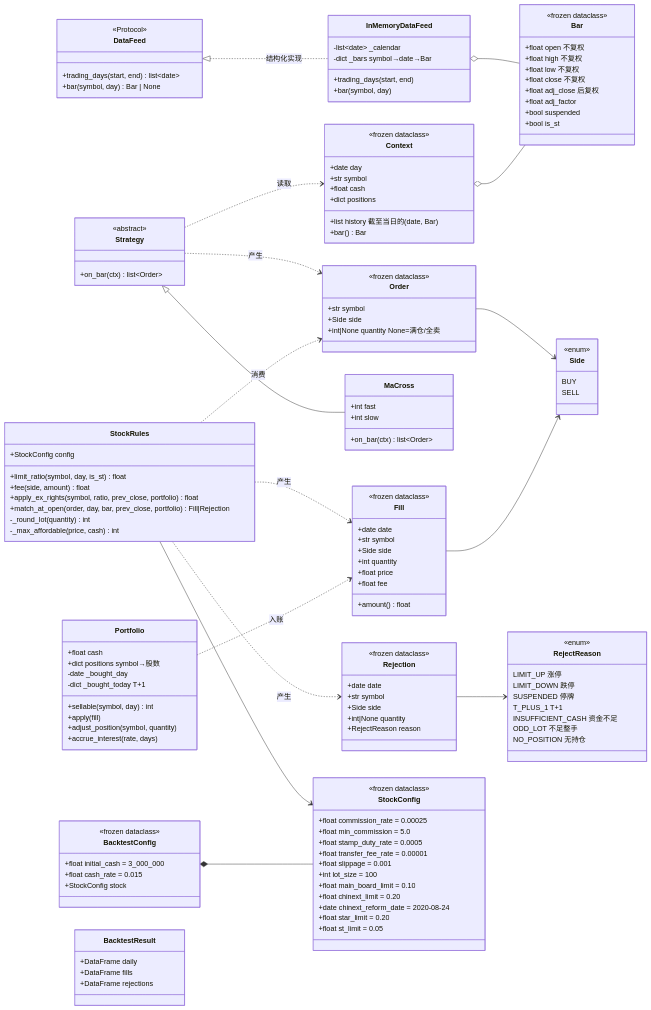
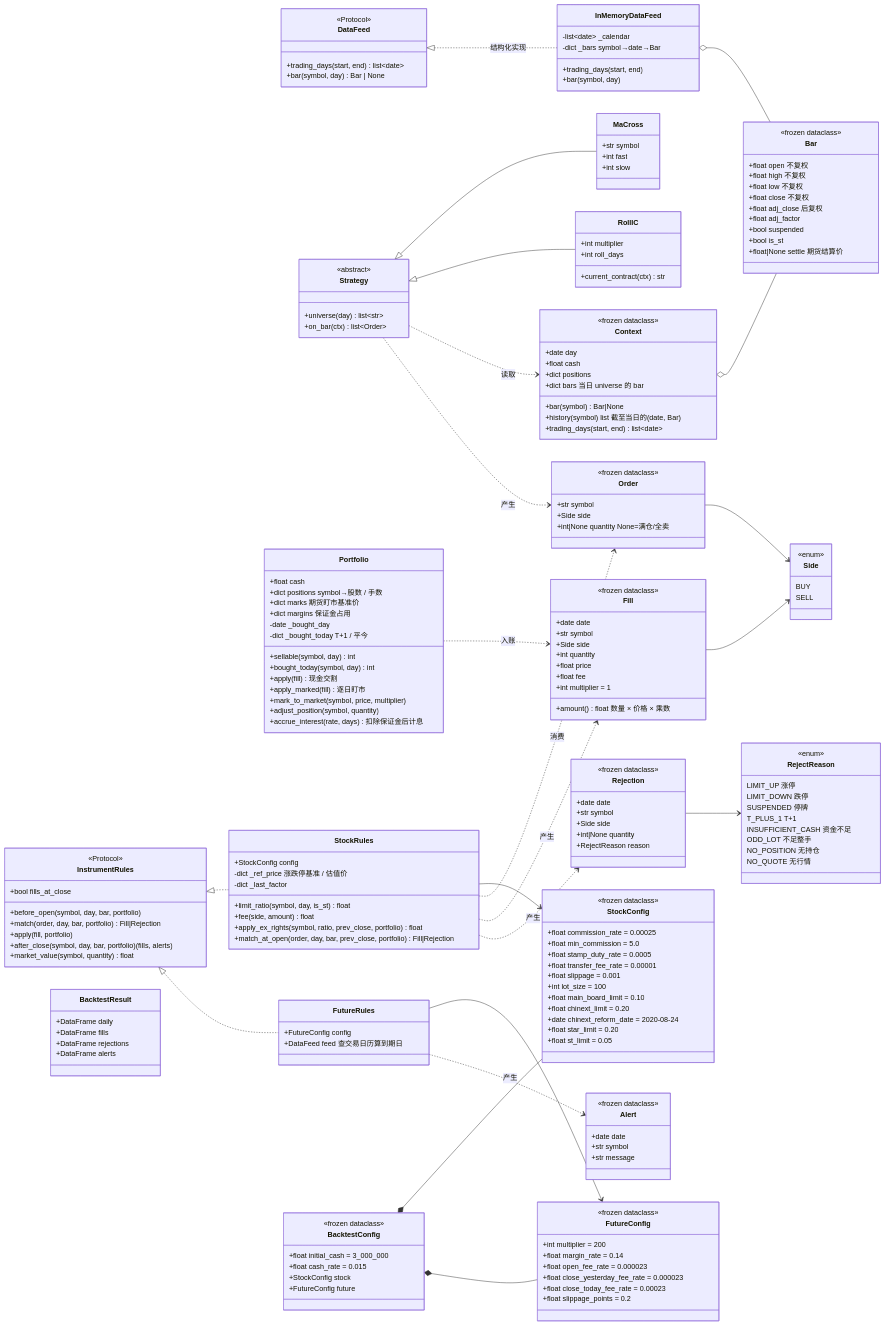
The third of 25 diagrams in docs/code-walkthrough.md (guevara12345/quant), drawn with Mermaid before and after one commit. The commit also changed other lines of this file and 33 other files, not shown here.

````diff
--- a/docs/code-walkthrough.md
+++ b/docs/code-walkthrough.md
@@ -162,6 +191,7 @@
         +float adj_factor
         +bool suspended
         +bool is_st
+        +float|None settle  期货结算价
     }
 
     class DataFeed {
@@ -193,22 +223,30 @@
     class Context {
         <<frozen dataclass>>
         +date day
-        +str symbol
-        +list history  截至当日的(date, Bar)
         +float cash
         +dict positions
-        +bar() Bar
+        +dict bars  当日 universe 的 bar
+        +bar(symbol) Bar|None
+        +history(symbol) list  截至当日的(date, Bar)
+        +trading_days(start, end) list~date~
     }
 
     class Strategy {
         <<abstract>>
+        +universe(day) list~str~
         +on_bar(ctx) list~Order~
     }
 
     class MaCross {
+        +str symbol
         +int fast
         +int slow
-        +on_bar(ctx) list~Order~
+    }
+
+    class RollIC {
+        +int multiplier
+        +int roll_days
+        +current_contract(ctx) str
     }
 
     class Fill {
@@ -219,7 +257,8 @@
         +int quantity
         +float price
         +float fee
-        +amount() float
+        +int multiplier = 1
+        +amount() float  数量 × 价格 × 乘数
     }
 
     class RejectReason {
@@ -231,6 +270,14 @@
         INSUFFICIENT_CASH 资金不足
         ODD_LOT 不足整手
         NO_POSITION 无持仓
+        NO_QUOTE 无行情
+    }
+
+    class Alert {
+        <<frozen dataclass>>
+        +date date
+        +str symbol
+        +str message
     }
 
     class Rejection {
@@ -244,13 +291,28 @@
 
     class Portfolio {
         +float cash
-        +dict positions  symbol→股数
+        +dict positions  symbol→股数 / 手数
+        +dict marks  期货盯市基准价
+        +dict margins  保证金占用
         -date _bought_day
-        -dict _bought_today  T+1
+        -dict _bought_today  T+1 / 平今
         +sellable(symbol, day) int
-        +apply(fill)
+        +bought_today(symbol, day) int
+        +apply(fill)  现金交割
+        +apply_marked(fill)  逐日盯市
+        +mark_to_market(symbol, price, multiplier)
         +adjust_position(symbol, quantity)
-        +accrue_interest(rate, days)
+        +accrue_interest(rate, days)  扣除保证金后计息
+    }
+
+    class InstrumentRules {
+        <<Protocol>>
+        +bool fills_at_close
+        +before_open(symbol, day, bar, portfolio)
+        +match(order, day, bar, portfolio) Fill|Rejection
+        +apply(fill, portfolio)
+        +after_close(symbol, day, bar, portfolio) (fills, alerts)
+        +market_value(symbol, quantity) float
     }
 
     class StockConfig {
@@ -270,12 +332,27 @@
 
     class StockRules {
         +StockConfig config
+        -dict _ref_price  涨跌停基准 / 估值价
+        -dict _last_factor
         +limit_ratio(symbol, day, is_st) float
         +fee(side, amount) float
         +apply_ex_rights(symbol, ratio, prev_close, portfolio) float
         +match_at_open(order, day, bar, prev_close, portfolio) Fill|Rejection
-        -_round_lot(quantity) int
-        -_max_affordable(price, cash) int
+    }
+
+    class FutureConfig {
+        <<frozen dataclass>>
+        +int multiplier = 200
+        +float margin_rate = 0.14
+        +float open_fee_rate = 0.000023
+        +float close_yesterday_fee_rate = 0.000023
+        +float close_today_fee_rate = 0.00023
+        +float slippage_points = 0.2
+    }
+
+    class FutureRules {
+        +FutureConfig config
+        +DataFeed feed  查交易日历算到期日
     }
 
     class BacktestConfig {
@@ -283,17 +360,24 @@
         +float initial_cash = 3_000_000
         +float cash_rate = 0.015
         +StockConfig stock
+        +FutureConfig future
     }
 
     class BacktestResult {
         +DataFrame daily
         +DataFrame fills
         +DataFrame rejections
+        +DataFrame alerts
     }
 
     DataFeed <|.. InMemoryDataFeed : 结构化实现
     InMemoryDataFeed o-- Bar
     Strategy <|-- MaCross
+    Strategy <|-- RollIC
+    InstrumentRules <|.. StockRules
+    InstrumentRules <|.. FutureRules
+    FutureRules --> FutureConfig
+    FutureRules ..> Alert : 产生
     Strategy ..> Context : 读取
     Strategy ..> Order : 产生
     Context o-- Bar
@@ -306,4 +390,5 @@
     Rejection --> RejectReason
     Portfolio ..> Fill : 入账
     BacktestConfig *-- StockConfig
+    BacktestConfig *-- FutureConfig
 ```
````
